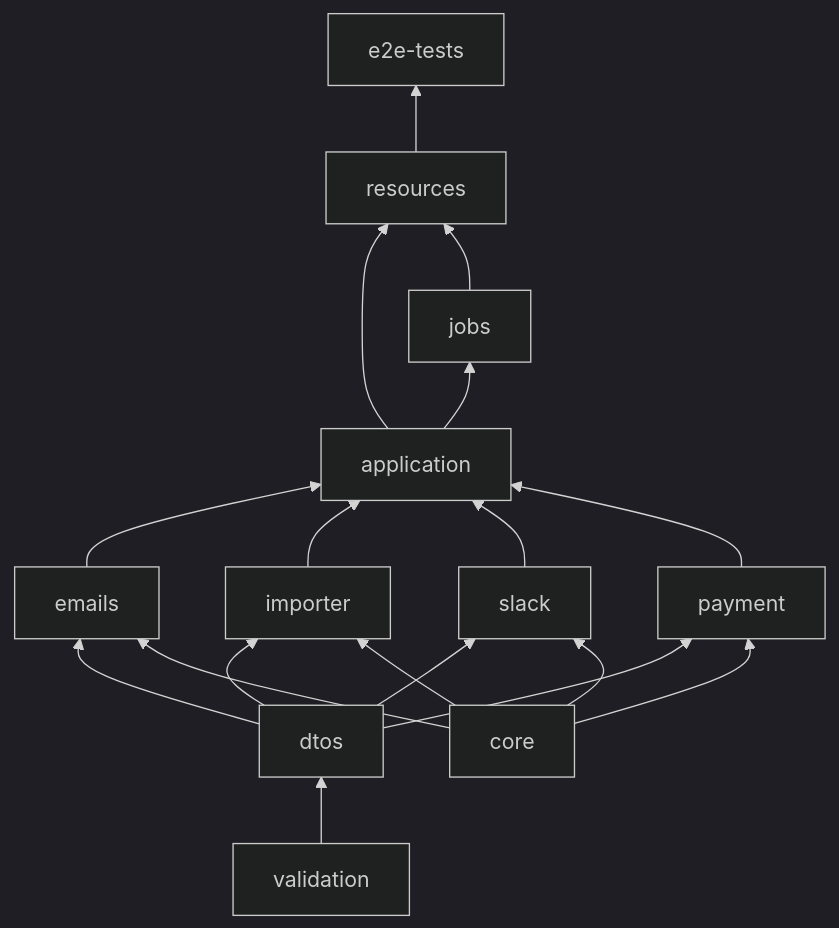
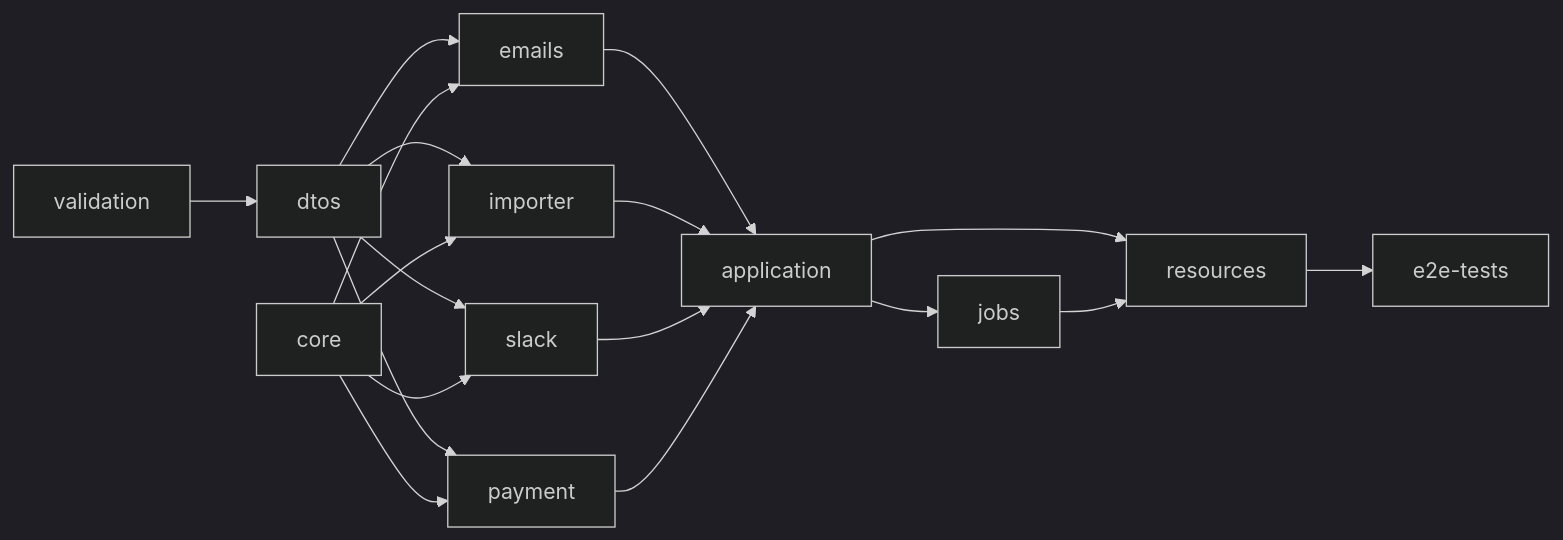
One commit to ioanlucut/revaluate-api changed the second of 3 diagrams in README.md. Above: the diagram before and after it, drawn with Mermaid (dark theme). The commit also changed other lines of this file and 1 other file, not shown here.

````diff
--- a/README.md
+++ b/README.md
@@ -97,10 +98,9 @@
 ```mermaid
-flowchart BT
+flowchart LR
     validation --> dtos
-    dtos --> emails & importer & slack & payment
-    core --> emails & importer & slack & payment
+    dtos & core --> emails & importer & slack & payment
     emails & importer & slack & payment --> application
-    application --> jobs
-    application & jobs --> resources
+    application --> jobs & resources
+    jobs --> resources
     resources --> e2e["e2e-tests"]
 ```
````
